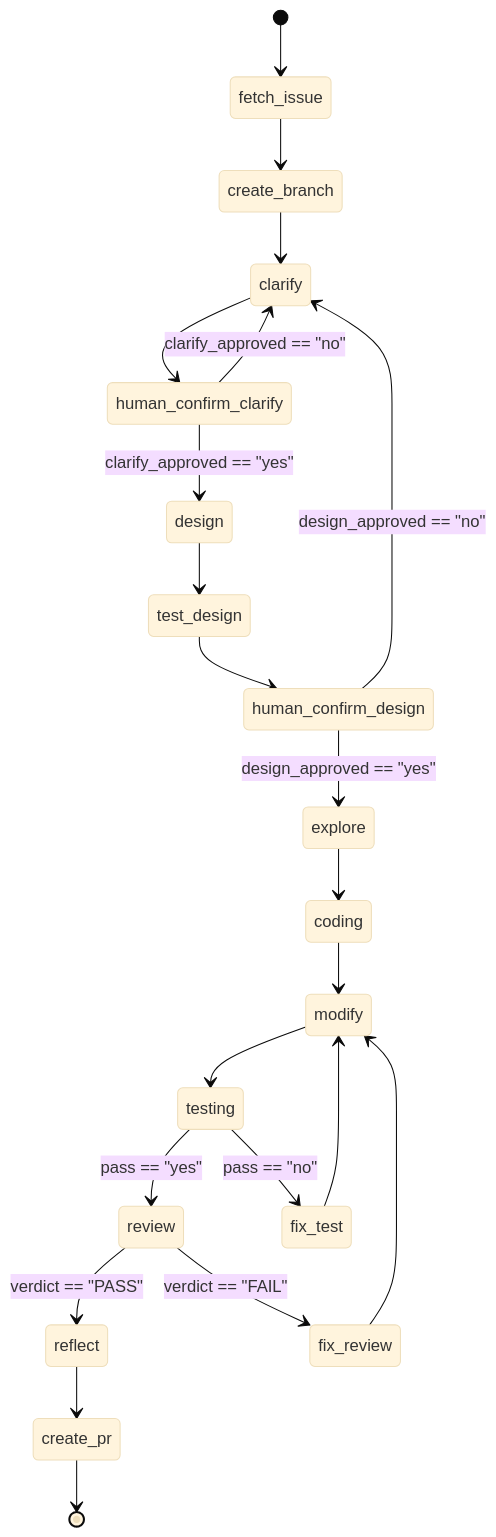
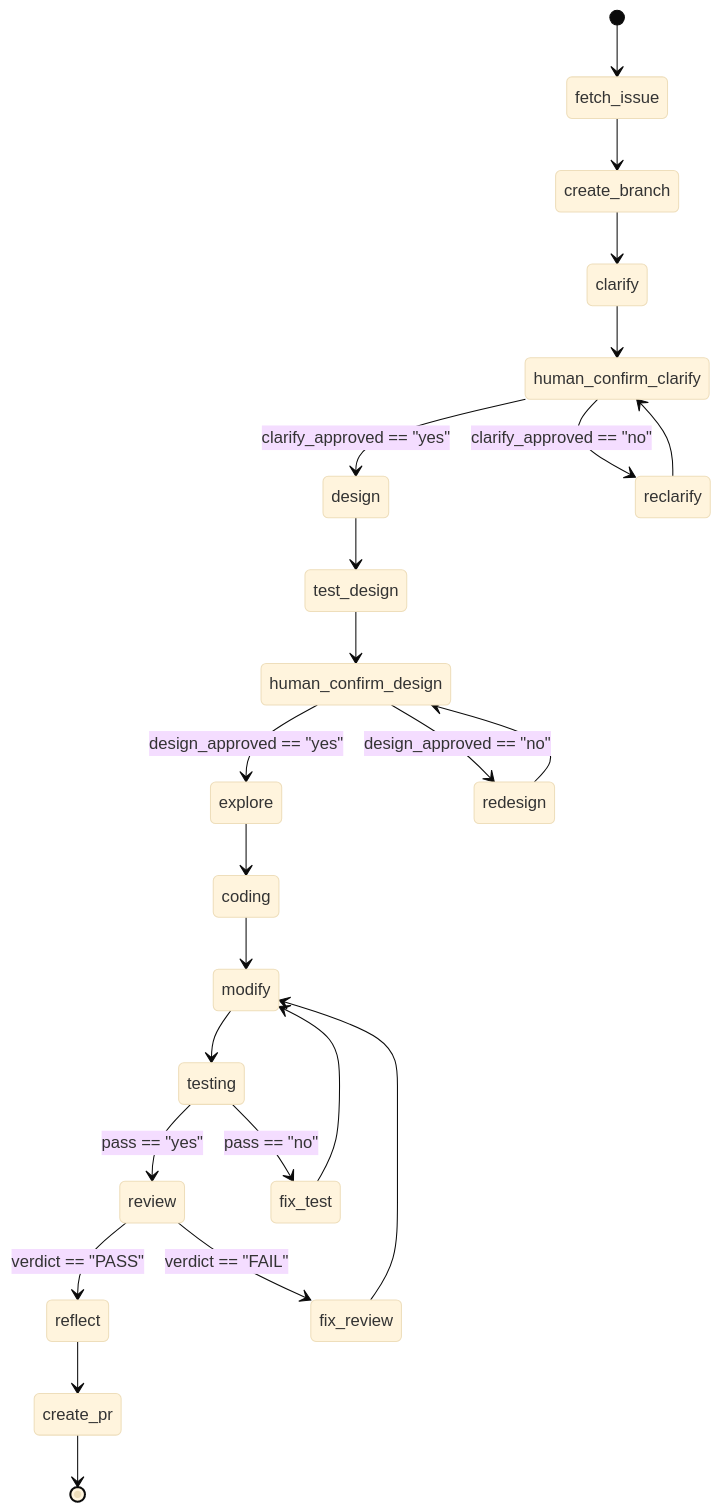
One commit to ccijunk/ai-workflow changed the sixth of 6 diagrams in ARCHITECTURE.md. Above: the diagram before and after it, drawn with Mermaid (base theme). The commit also changed other lines of this file, not shown here.

Commit message:
docs: update ARCHITECTURE.md with reject reason feature

````diff
--- a/ARCHITECTURE.md
+++ b/ARCHITECTURE.md
@@ -230,24 +294,26 @@
 ```mermaid
 stateDiagram-v2
     [*] --> fetch_issue
     fetch_issue --> create_branch
     create_branch --> clarify
     clarify --> human_confirm_clarify
     human_confirm_clarify --> design: clarify_approved == "yes"
-    human_confirm_clarify --> clarify: clarify_approved == "no"
+    human_confirm_clarify --> reclarify: clarify_approved == "no"
+    reclarify --> human_confirm_clarify
     design --> test_design
     test_design --> human_confirm_design
     human_confirm_design --> explore: design_approved == "yes"
-    human_confirm_design --> clarify: design_approved == "no"
+    human_confirm_design --> redesign: design_approved == "no"
+    redesign --> human_confirm_design
     explore --> coding
     coding --> modify
     modify --> testing
     testing --> review: pass == "yes"
     testing --> fix_test: pass == "no"
     fix_test --> modify
     review --> reflect: verdict == "PASS"
     review --> fix_review: verdict == "FAIL"
     fix_review --> modify
     reflect --> create_pr
     create_pr --> [*]
 ```
````
